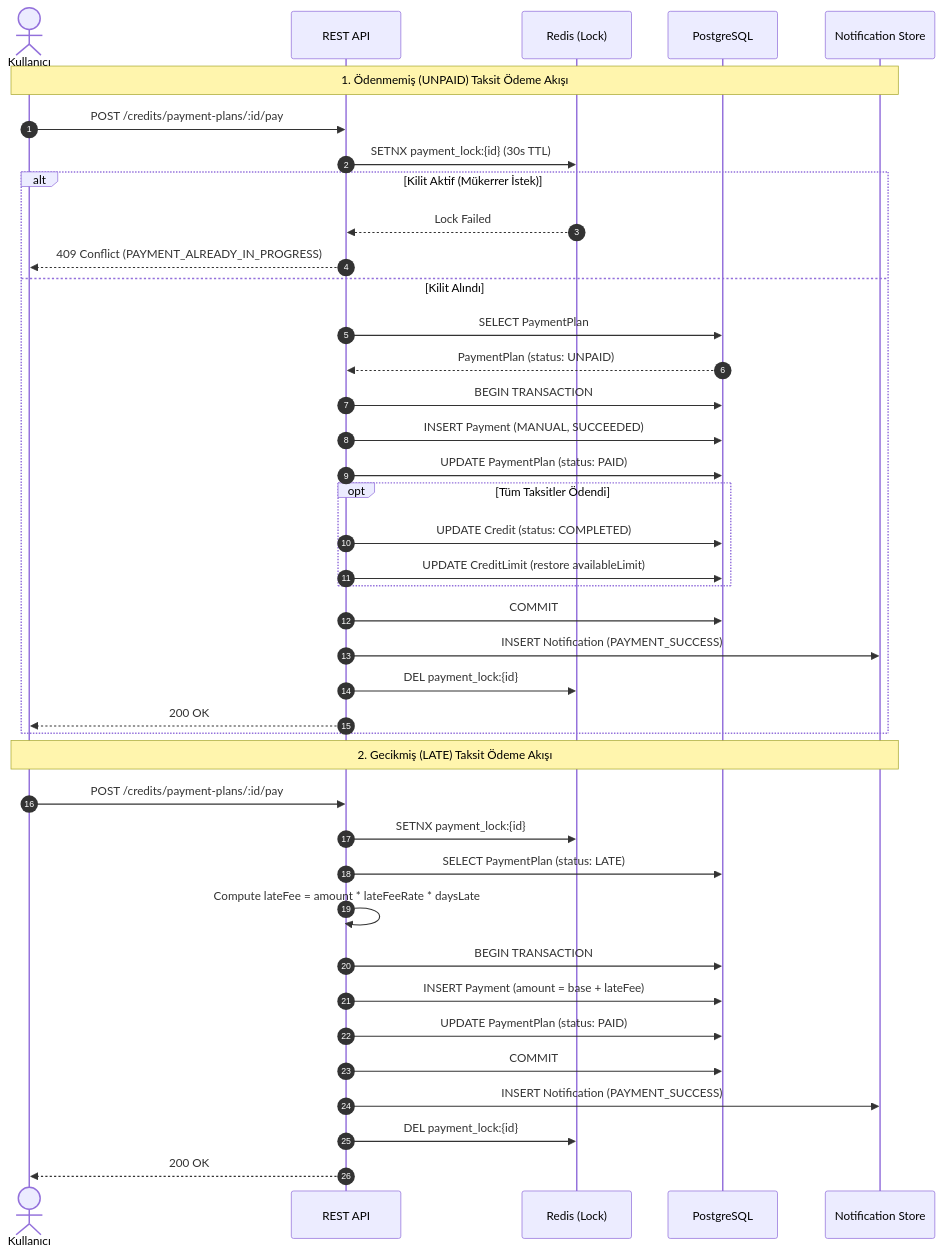
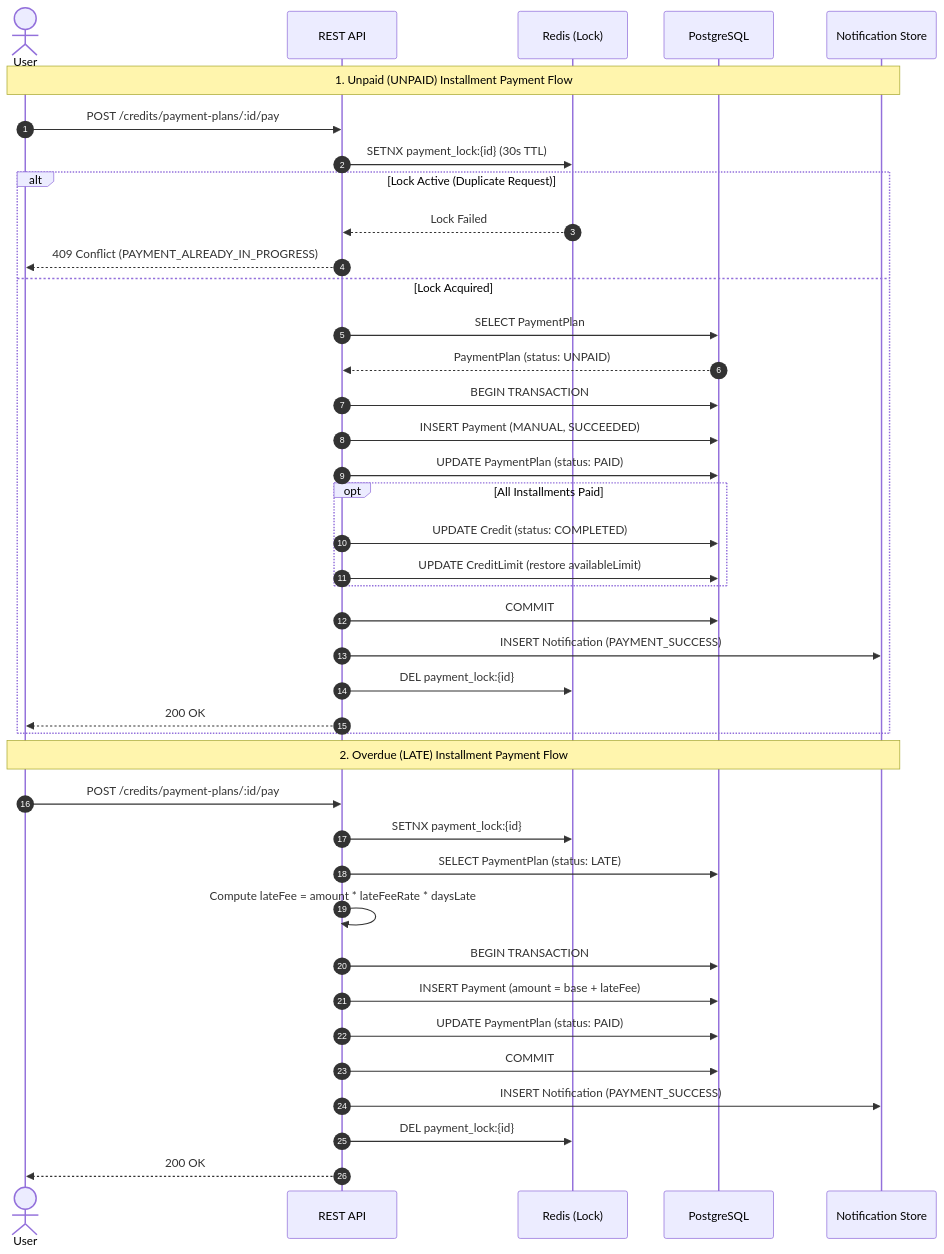
The diagram in docs/repayment-sequence.md (efeyrtln1/Credit-Management-API), drawn with Mermaid before and after one commit. The commit also changed 1 other file, not shown here.

Commit message:
docs:fix syntax error in state machine diagram notes

````diff
--- a/docs/repayment-sequence.md
+++ b/docs/repayment-sequence.md
@@ -1,45 +1,45 @@
 ```mermaid
 sequenceDiagram
     autonumber
-    actor Client as Kullanıcı
+    actor Client as User
     participant API as REST API
     participant Cache as Redis (Lock)
     participant DB as PostgreSQL
     participant Notif as Notification Store
 
-    Note over Client, Notif: 1. Ödenmemiş (UNPAID) Taksit Ödeme Akışı
+    Note over Client, Notif: 1. Unpaid (UNPAID) Installment Payment Flow
     Client->>API: POST /credits/payment-plans/:id/pay
     API->>Cache: SETNX payment_lock:{id} (30s TTL)
     
-    alt Kilit Aktif (Mükerrer İstek)
+    alt Lock Active (Duplicate Request)
         Cache-->>API: Lock Failed
         API-->>Client: 409 Conflict (PAYMENT_ALREADY_IN_PROGRESS)
-    else Kilit Alındı
+    else Lock Acquired
         API->>DB: SELECT PaymentPlan
         DB-->>API: PaymentPlan (status: UNPAID)
         API->>DB: BEGIN TRANSACTION
         API->>DB: INSERT Payment (MANUAL, SUCCEEDED)
         API->>DB: UPDATE PaymentPlan (status: PAID)
-        opt Tüm Taksitler Ödendi
+        opt All Installments Paid
             API->>DB: UPDATE Credit (status: COMPLETED)
             API->>DB: UPDATE CreditLimit (restore availableLimit)
         end
         API->>DB: COMMIT
         API->>Notif: INSERT Notification (PAYMENT_SUCCESS)
         API->>Cache: DEL payment_lock:{id}
         API-->>Client: 200 OK
     end
 
-    Note over Client, Notif: 2. Gecikmiş (LATE) Taksit Ödeme Akışı
+    Note over Client, Notif: 2. Overdue (LATE) Installment Payment Flow
     Client->>API: POST /credits/payment-plans/:id/pay
     API->>Cache: SETNX payment_lock:{id}
     API->>DB: SELECT PaymentPlan (status: LATE)
     API->>API: Compute lateFee = amount * lateFeeRate * daysLate
     API->>DB: BEGIN TRANSACTION
     API->>DB: INSERT Payment (amount = base + lateFee)
     API->>DB: UPDATE PaymentPlan (status: PAID)
     API->>DB: COMMIT
     API->>Notif: INSERT Notification (PAYMENT_SUCCESS)
     API->>Cache: DEL payment_lock:{id}
     API-->>Client: 200 OK
 ```
````
